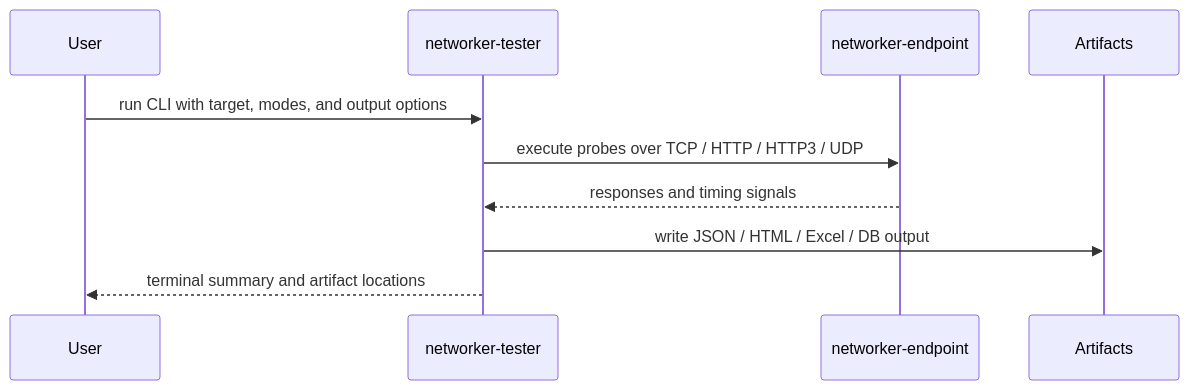
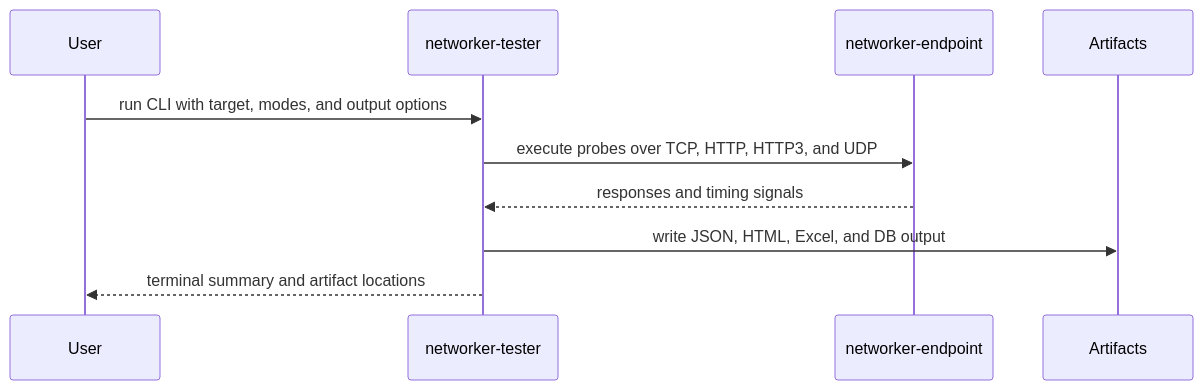
Before and after one commit to irlm/networker-tester: the second of 4 diagrams in docs/architecture.md, drawn with Mermaid. The commit also changed other lines of this file and 1 other file, not shown here.

Commit message:
docs: simplify mermaid diagrams for github rendering

````diff
--- a/docs/architecture.md
+++ b/docs/architecture.md
@@ -50,13 +52,13 @@
 ```mermaid
 sequenceDiagram
     participant User
     participant Tester as networker-tester
     participant Endpoint as networker-endpoint
     participant Output as Artifacts
 
     User->>Tester: run CLI with target, modes, and output options
-    Tester->>Endpoint: execute probes over TCP / HTTP / HTTP3 / UDP
+    Tester->>Endpoint: execute probes over TCP, HTTP, HTTP3, and UDP
     Endpoint-->>Tester: responses and timing signals
-    Tester->>Output: write JSON / HTML / Excel / DB output
+    Tester->>Output: write JSON, HTML, Excel, and DB output
     Tester-->>User: terminal summary and artifact locations
 ```
````
